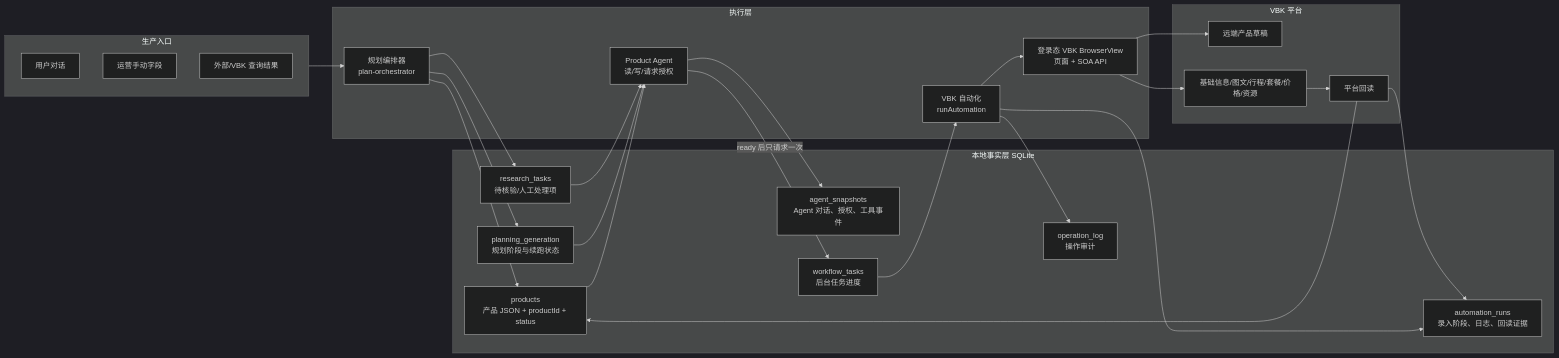
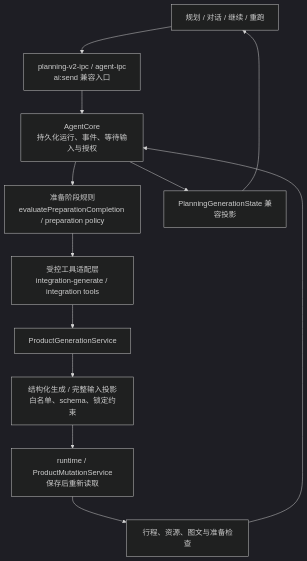
The second of 4 diagrams in ARCHITECTURE.md (tibet30/vbk-auto), drawn with Mermaid (dark theme) before and after one commit. The commit also changed other lines of this file, not shown here.

First line of the commit message:
docs(architecture): compress ARCHITECTURE.md to overview (defer detail to audit + module docs)

````diff
--- a/ARCHITECTURE.md
+++ b/ARCHITECTURE.md
@@ -304,52 +47,14 @@
 ```mermaid
-flowchart LR
-  subgraph Input["生产入口"]
-    U["用户对话"]
-    O["运营手动字段"]
-    R["外部/VBK 查询结果"]
-  end
-
-  subgraph Local["本地事实层 SQLite"]
-    P["products<br/>产品 JSON + productId + status"]
-    PG["planning_generation<br/>规划阶段与续跑状态"]
-    RT["research_tasks<br/>待核验/人工处理项"]
-    AS["agent_snapshots<br/>Agent 对话、授权、工具事件"]
-    AR["automation_runs<br/>录入阶段、日志、回读证据"]
-    WT["workflow_tasks<br/>后台任务进度"]
-    OL["operation_log<br/>操作审计"]
-  end
-
-  subgraph Engine["执行层"]
-    Planner["规划编排器<br/>plan-orchestrator"]
-    Agent["Product Agent<br/>读/写/请求授权"]
-    Auto["VBK 自动化<br/>runAutomation"]
-    Browser["登录态 VBK BrowserView<br/>页面 + SOA API"]
-  end
-
-  subgraph VBK["VBK 平台"]
-    Draft["远端产品草稿"]
-    Modules["基础信息/图文/行程/套餐/价格/资源"]
-    Readback["平台回读"]
-  end
-
-  Input --> Planner
-  Planner --> P
-  Planner --> PG
-  Planner --> RT
-
-  P --> Agent
-  PG --> Agent
-  RT --> Agent
-  Agent --> AS
-  Agent -->|"ready 后只请求一次"| WT
-
-  WT --> Auto
-  Auto --> AR
-  Auto --> Browser
-  Browser --> Draft
-  Browser --> Modules
-  Modules --> Readback
-  Readback --> AR
-  Readback --> P
-  Auto --> OL
+flowchart TD
+  UI["规划 / 对话 / 继续 / 重跑"] --> IPC["planning-v2-ipc / agent-ipc<br/>ai:send 兼容入口"]
+  IPC --> AG["AgentCore<br/>持久化运行、事件、等待输入与授权"]
+  AG --> POLICY["准备阶段规则<br/>evaluatePreparationCompletion / preparation policy"]
+  POLICY --> TOOL["受控工具适配层<br/>integration-generate / integration tools"]
+  TOOL --> GEN["ProductGenerationService"]
+  GEN --> OUT["结构化生成 / 完整输入投影<br/>白名单、schema、锁定约束"]
+  OUT --> SAVE["runtime / ProductMutationService<br/>保存后重新读取"]
+  SAVE --> CHECK["行程、资源、图文与准备检查"]
+  CHECK --> AG
+  AG --> PROJ["PlanningGenerationState 兼容投影"]
+  PROJ --> UI
 ```
````
